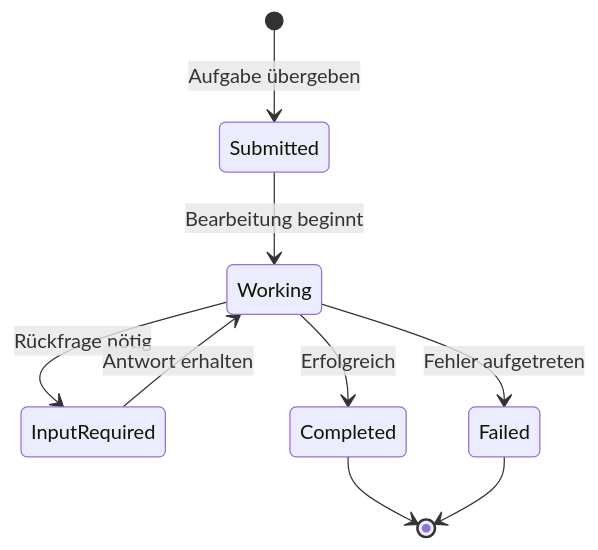
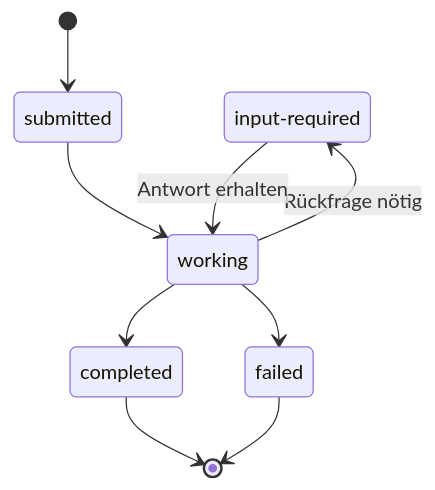
Before and after one commit to ralf-42/Agenten: the fourth of 9 diagrams in docs/06-multi-agent-erweiterungen/agenten-kommunikationsprotokolle.md, drawn with Mermaid. The commit also changed other lines of this file and 1 other file, not shown here.

````diff
--- a/docs/06-multi-agent-erweiterungen/agenten-kommunikationsprotokolle.md
+++ b/docs/06-multi-agent-erweiterungen/agenten-kommunikationsprotokolle.md
@@ -192,11 +222,12 @@
 ```mermaid
 stateDiagram-v2
-    [*] --> Submitted: Aufgabe übergeben
-    Submitted --> Working: Bearbeitung beginnt
-    Working --> InputRequired: Rückfrage nötig
-    InputRequired --> Working: Antwort erhalten
-    Working --> Completed: Erfolgreich
-    Working --> Failed: Fehler aufgetreten
-    Completed --> [*]
-    Failed --> [*]
+    state "input-required" as input_required
+    [*] --> submitted
+    submitted --> working
+    working --> input_required: Rückfrage nötig
+    input_required --> working: Antwort erhalten
+    working --> completed
+    working --> failed
+    completed --> [*]
+    failed --> [*]
 ```
````
